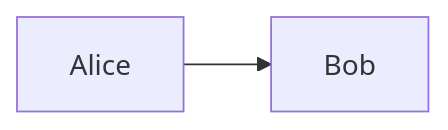
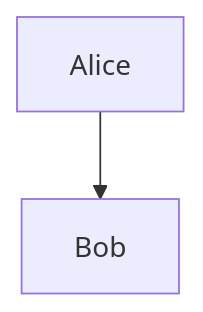
Before and after one commit to majochi/github-markdown: the second of 4 diagrams in README.md, drawn with Mermaid. The commit also changed other lines of this file, not shown here.

````diff
--- a/README.md
+++ b/README.md
@@ -8,5 +18,5 @@
-``` mermaid
-flowchart LR
+```mermaid
+flowchart TD
 
 Alice --> Bob
 ```
````
